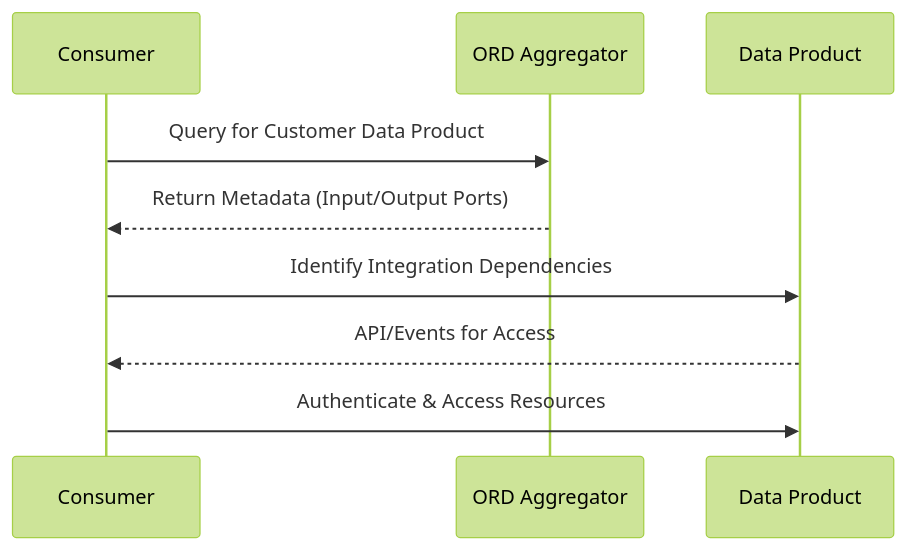
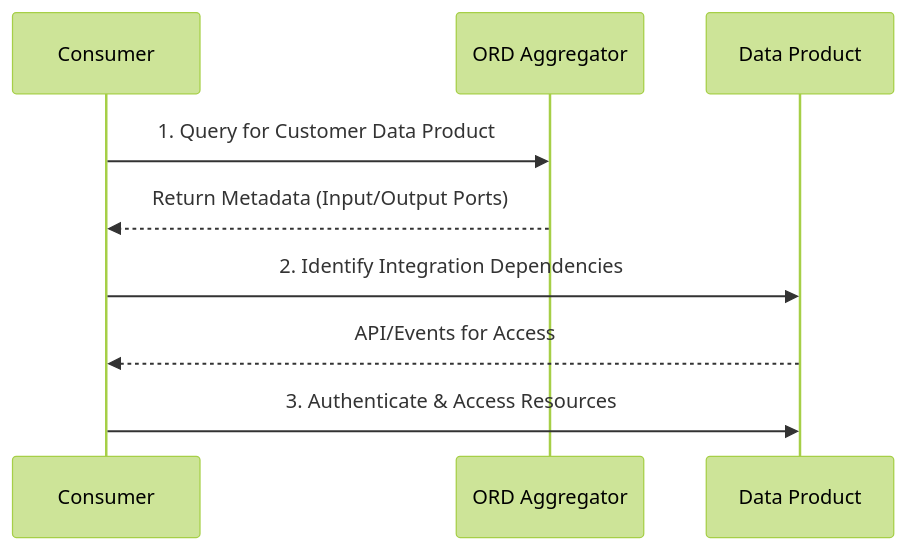
The third of 3 diagrams in docs/ref-arch/RA0013/1-data-products-in-sap-business-data-cloud/readme.md (SAP/architecture-center), drawn with Mermaid (forest theme) before and after one commit. The commit also changed other lines of this file and 5 other files, not shown here.

````diff
--- a/docs/ref-arch/RA0013/1-data-products-in-sap-business-data-cloud/readme.md
+++ b/docs/ref-arch/RA0013/1-data-products-in-sap-business-data-cloud/readme.md
@@ -144,11 +131,11 @@
 ```mermaid
 sequenceDiagram
     participant Consumer
     participant ORD Aggregator
     participant Data Product
-    Consumer->>ORD Aggregator: Query for Customer Data Product
+    Consumer->>ORD Aggregator: 1. Query for Customer Data Product
     ORD Aggregator-->>Consumer: Return Metadata (Input/Output Ports)
-    Consumer->>Data Product: Identify Integration Dependencies
+    Consumer->>Data Product: 2. Identify Integration Dependencies
     Data Product-->>Consumer: API/Events for Access
-    Consumer->>Data Product: Authenticate & Access Resources
+    Consumer->>Data Product: 3. Authenticate & Access Resources
 ```
````
